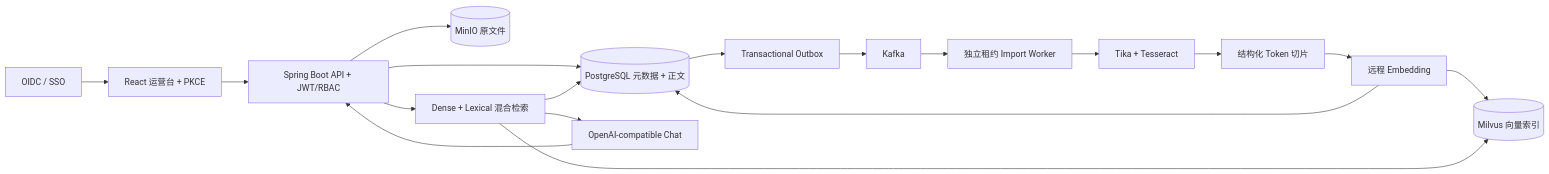
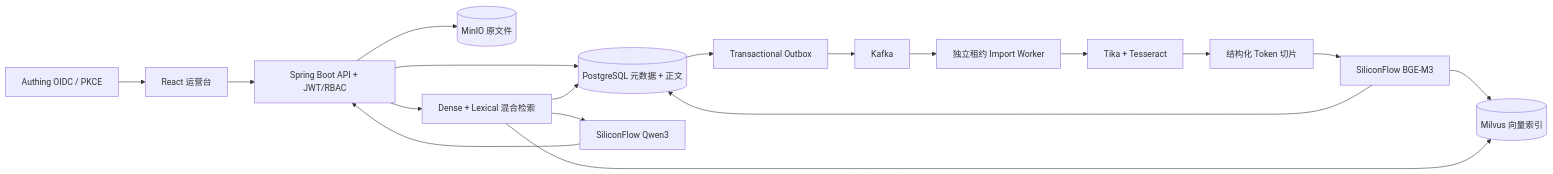
One commit to bingo-wz/MyRAG changed the diagram in README.md. Above: the diagram before and after it, drawn with Mermaid. The commit also changed other lines of this file and 25 other files, not shown here.

Commit message:
接入 Authing 与 SiliconFlow 生产配置

````diff
--- a/README.md
+++ b/README.md
@@ -29,20 +29,20 @@
 ```mermaid
 flowchart LR
-    OIDC["OIDC / SSO"] --> UI["React 运营台 + PKCE"]
+    OIDC["Authing OIDC / PKCE"] --> UI["React 运营台"]
     UI --> API["Spring Boot API + JWT/RBAC"]
     API --> MINIO[("MinIO 原文件")]
     API --> PG[("PostgreSQL 元数据 + 正文")]
     PG --> OUTBOX["Transactional Outbox"]
     OUTBOX --> KAFKA["Kafka"]
     KAFKA --> WORKER["独立租约 Import Worker"]
     WORKER --> TIKA["Tika + Tesseract"]
     TIKA --> CHUNK["结构化 Token 切片"]
-    CHUNK --> EMB["远程 Embedding"]
+    CHUNK --> EMB["SiliconFlow BGE-M3"]
     EMB --> MILVUS[("Milvus 向量索引")]
     EMB --> PG
     API --> HYBRID["Dense + Lexical 混合检索"]
     HYBRID --> MILVUS
     HYBRID --> PG
-    HYBRID --> LLM["OpenAI-compatible Chat"]
+    HYBRID --> LLM["SiliconFlow Qwen3"]
     LLM --> API
 ```
````
